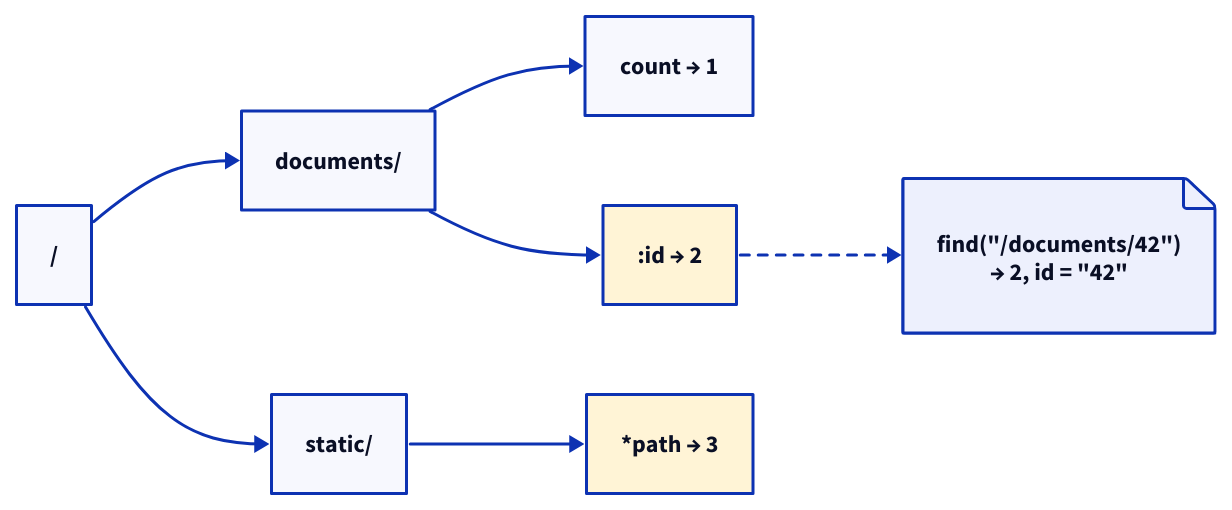
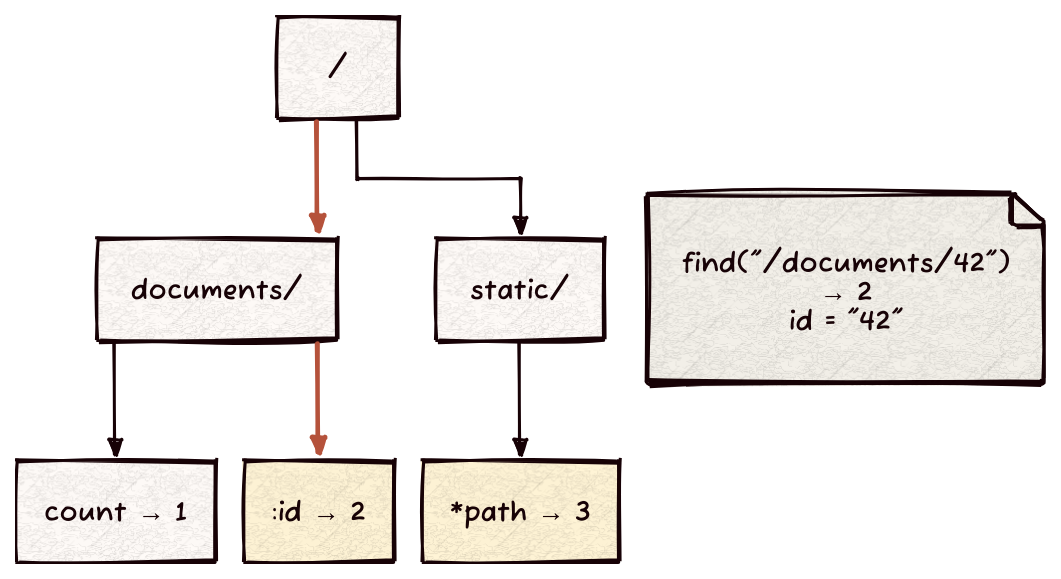
Before and after one commit to Kronuz/radix-router: the diagram in docs/radix-router.d2, drawn with D2. The commit also changed 4 other files, not shown here.

First line of the commit message:
Shape the README to the family standard, fix the route rules, refit the diagram [skip ci]

```diff
--- a/docs/radix-router.d2
+++ b/docs/radix-router.d2
@@ -1,15 +1,23 @@
-# radix-router: routes share prefixes. Render: d2 --layout elk --sketch --theme 302 docs/radix-router.d2 docs/radix-router.svg
-direction: right
+# radix-router: routes share prefixes in one tree; a lookup walks the path once.
+# Render: d2 --layout elk --sketch --theme 302 docs/radix-router.d2 docs/radix-router.svg
+vars: { d2-config: { layout-engine: elk; theme-id: 302; sketch: true; pad: 24 } }
+direction: down
+*.style.font-size: 18
+
 root: "/"
 docs: "documents/"
 count: "count → 1"
 id: ":id → 2" {style.fill: "#fff4d6"}
 static: "static/"
 path: "*path → 3" {style.fill: "#fff4d6"}
-root -> docs
+root -> docs: {style.stroke: "#b5523b"; style.stroke-width: 3}
 docs -> count
-docs -> id
+docs -> id: {style.stroke: "#b5523b"; style.stroke-width: 3}
 root -> static
 static -> path
-q: "find(\"/documents/42\")\n→ 2, id = \"42\"" {shape: page}
-id -> q {style.stroke-dash: 3}
+
+q: "find(\"/documents/42\")\n→ 2\nid = \"42\"" {
+  shape: page
+  near: center-right
+  style.fill: "#F4F1EA"
+}
```
